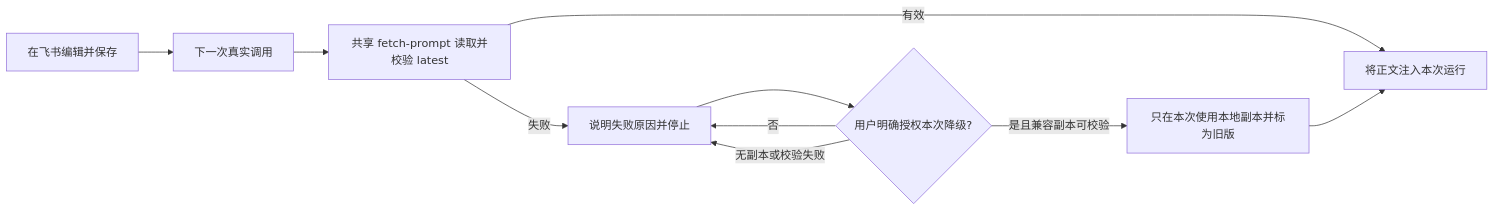
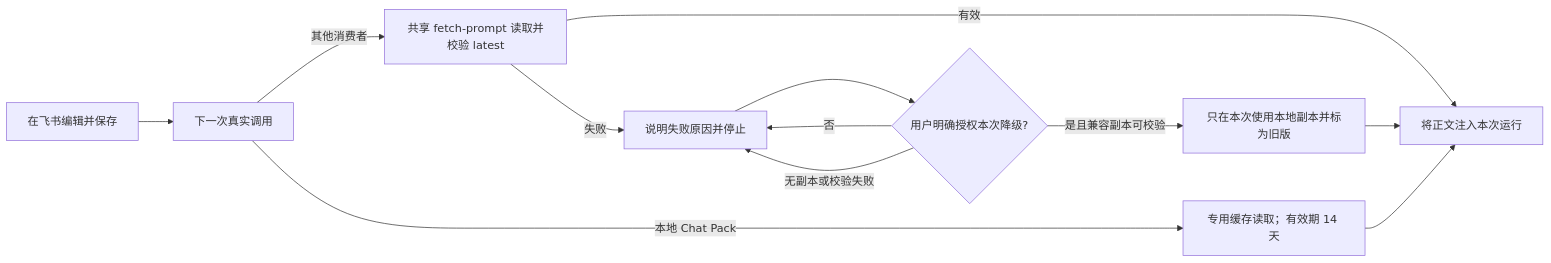
The diagram in docs/PROMPT_GOVERNANCE.md (SimplyY/learn-x), drawn with Mermaid before and after one commit. The commit also changed other lines of this file and 37 other files, not shown here.

````diff
--- a/docs/PROMPT_GOVERNANCE.md
+++ b/docs/PROMPT_GOVERNANCE.md
@@ -9,12 +9,14 @@
 ```mermaid
 flowchart LR
   Edit[在飞书编辑并保存] --> Next[下一次真实调用]
-  Next --> Reader[共享 fetch-prompt 读取并校验 latest]
+  Next -->|其他消费者| Reader[共享 fetch-prompt 读取并校验 latest]
+  Next -->|本地 Chat Pack| Cache[专用缓存读取；有效期 14 天]
   Reader -->|有效| Run[将正文注入本次运行]
   Reader -->|失败| Stop[说明失败原因并停止]
   Stop --> Consent{用户明确授权本次降级?}
   Consent -->|否| Stop
   Consent -->|是且兼容副本可校验| Local[只在本次使用本地副本并标为旧版]
   Consent -->|无副本或校验失败| Stop
   Local --> Run
+  Cache --> Run
 ```
````
